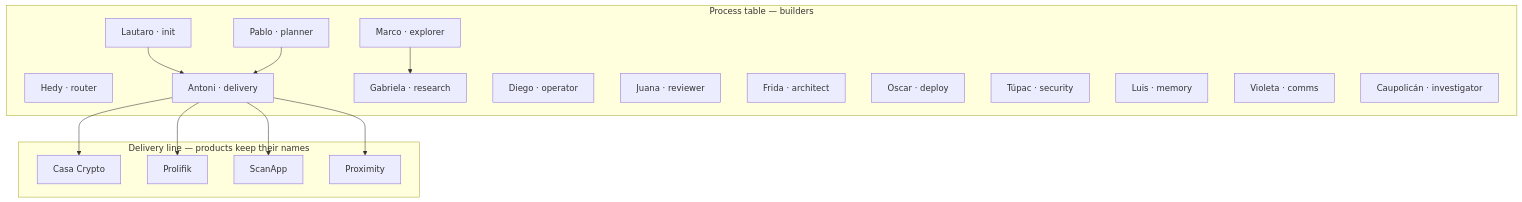
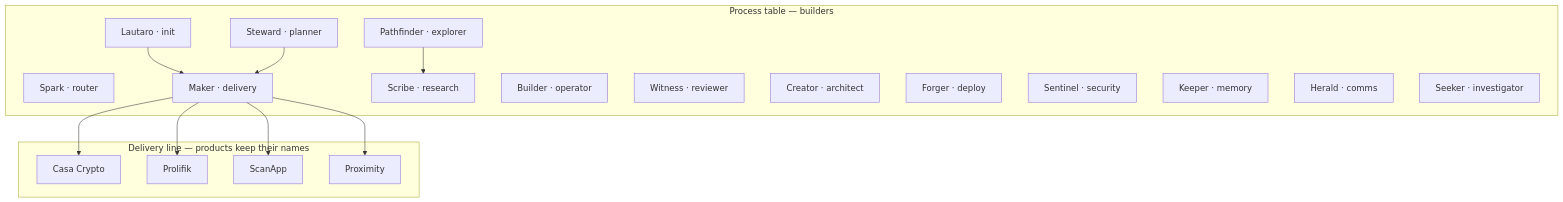
One commit to cashtro/cashtro changed the diagram in README.md. Above: the diagram before and after it, drawn with Mermaid. The commit also changed other lines of this file and 7 other files, not shown here.

First line of the commit message:
feat: crew names Lautaro, Builder, Creator, and keep going

````diff
--- a/README.md
+++ b/README.md
@@ -46,32 +47,32 @@
 ```mermaid
 flowchart TB
   subgraph products [Delivery line — products keep their names]
     CasaCrypto[Casa Crypto]
     Prolifik[Prolifik]
     ScanApp[ScanApp]
     Proximity[Proximity]
   end
   subgraph builders [Process table — builders]
     Lautaro[Lautaro · init]
-    Hedy[Hedy · router]
-    Antoni[Antoni · delivery]
-    Gabriela[Gabriela · research]
-    Marco[Marco · explorer]
-    Diego[Diego · operator]
-    Juana[Juana · reviewer]
-    Frida[Frida · architect]
-    Oscar[Oscar · deploy]
-    Tupac[Túpac · security]
-    Luis[Luis · memory]
-    Violeta[Violeta · comms]
-    Pablo[Pablo · planner]
-    Caupolican[Caupolicán · investigator]
+    Spark[Spark · router]
+    Maker[Maker · delivery]
+    Scribe[Scribe · research]
+    Pathfinder[Pathfinder · explorer]
+    Builder[Builder · operator]
+    Witness[Witness · reviewer]
+    Creator[Creator · architect]
+    Forger[Forger · deploy]
+    Sentinel[Sentinel · security]
+    Keeper[Keeper · memory]
+    Herald[Herald · comms]
+    Steward[Steward · planner]
+    Seeker[Seeker · investigator]
   end
-  Lautaro --> Antoni
-  Marco --> Gabriela
-  Pablo --> Antoni
-  Antoni --> CasaCrypto
-  Antoni --> Prolifik
-  Antoni --> ScanApp
-  Antoni --> Proximity
+  Lautaro --> Maker
+  Pathfinder --> Scribe
+  Steward --> Maker
+  Maker --> CasaCrypto
+  Maker --> Prolifik
+  Maker --> ScanApp
+  Maker --> Proximity
 ```
````
